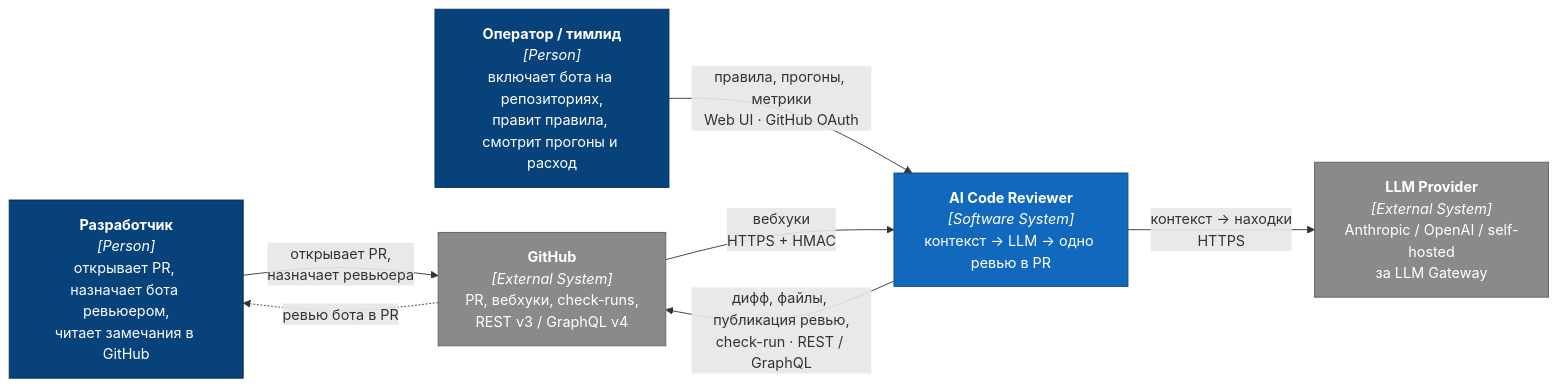
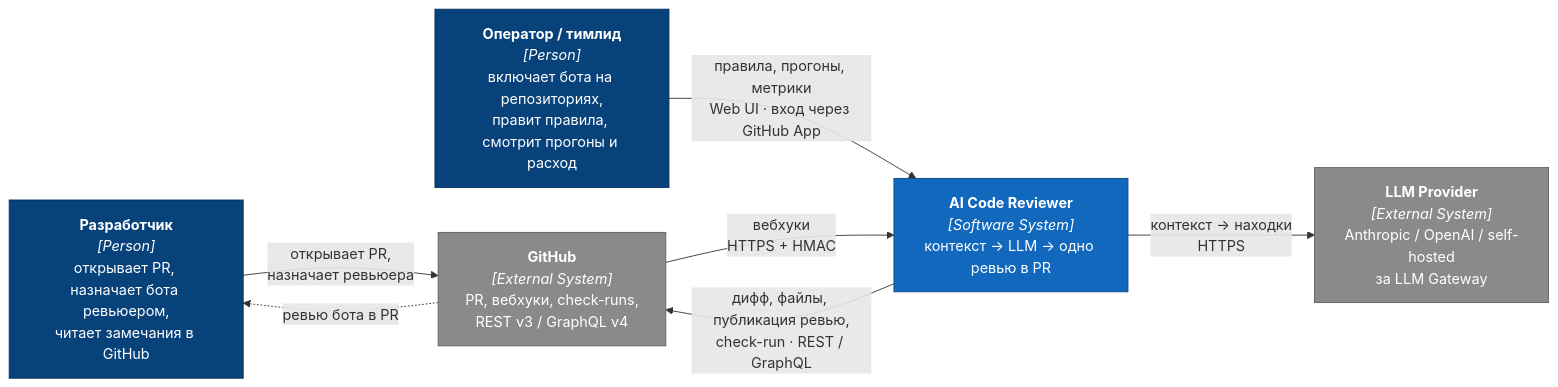
The first of 13 diagrams in docs/SYSTEM_DESIGN.md (larchanka-training/dmc-268-api-t6), drawn with Mermaid before and after one commit. The commit also changed other lines of this file and 1 other file, not shown here.

````diff
--- a/docs/SYSTEM_DESIGN.md
+++ b/docs/SYSTEM_DESIGN.md
@@ -52,22 +52,22 @@
 ```mermaid
 flowchart LR
   dev["<b>Разработчик</b><br/><i>[Person]</i><br/>открывает PR, назначает бота ревьюером,<br/>читает замечания в GitHub"]
   op["<b>Оператор / тимлид</b><br/><i>[Person]</i><br/>включает бота на репозиториях,<br/>правит правила, смотрит прогоны и расход"]
   sys["<b>AI Code Reviewer</b><br/><i>[Software System]</i><br/>контекст → LLM → одно ревью в PR"]
   gh["<b>GitHub</b><br/><i>[External System]</i><br/>PR, вебхуки, check-runs,<br/>REST v3 / GraphQL v4"]
   llm["<b>LLM Provider</b><br/><i>[External System]</i><br/>Anthropic / OpenAI / self-hosted<br/>за LLM Gateway"]
 
   dev -->|"открывает PR,<br/>назначает ревьюера"| gh
   gh -->|"вебхуки<br/>HTTPS + HMAC"| sys
   sys -->|"дифф, файлы, публикация ревью,<br/>check-run · REST / GraphQL"| gh
   sys -->|"контекст → находки<br/>HTTPS"| llm
-  op -->|"правила, прогоны, метрики<br/>Web UI · GitHub OAuth"| sys
+  op -->|"правила, прогоны, метрики<br/>Web UI · вход через GitHub App"| sys
   gh -.->|"ревью бота в PR"| dev
 
   classDef person fill:#08427b,color:#fff,stroke:#052e56
   classDef system fill:#1168bd,color:#fff,stroke:#0b4884
   classDef ext fill:#8a8a8a,color:#fff,stroke:#5f5f5f
   class dev,op person
   class sys system
   class gh,llm ext
 ```
````
